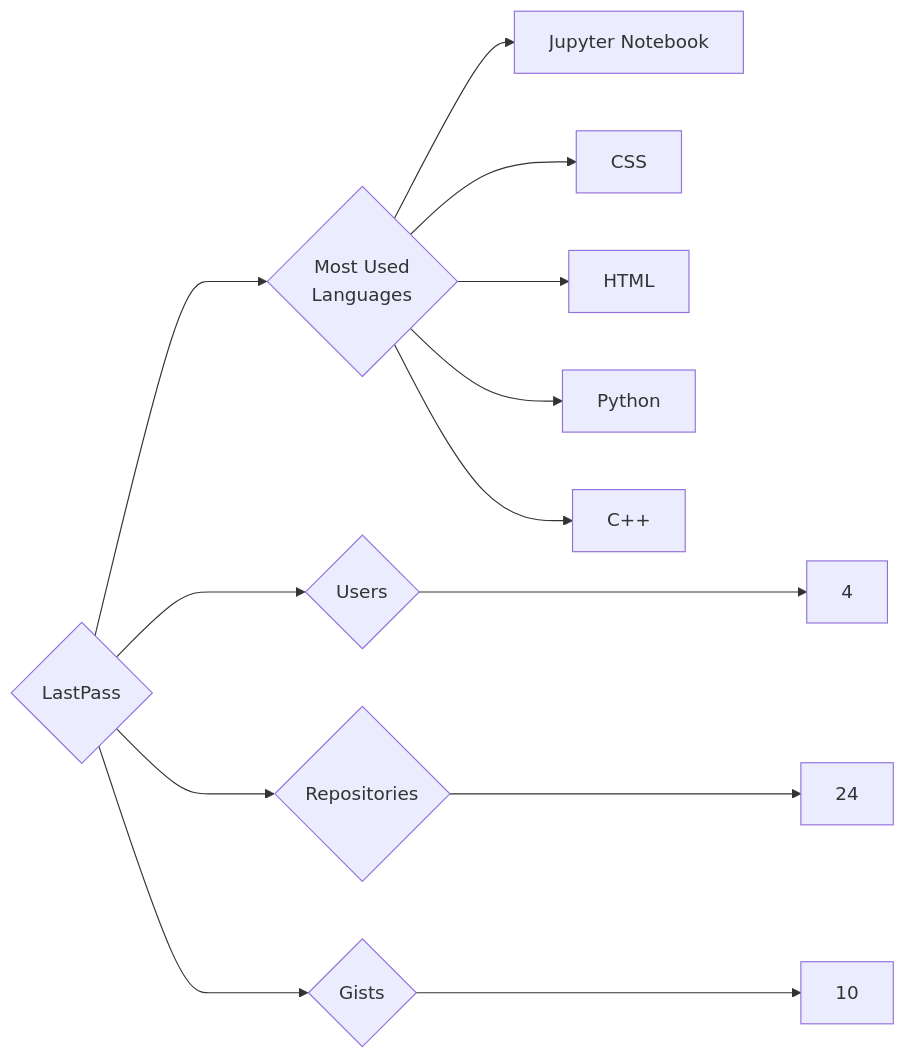
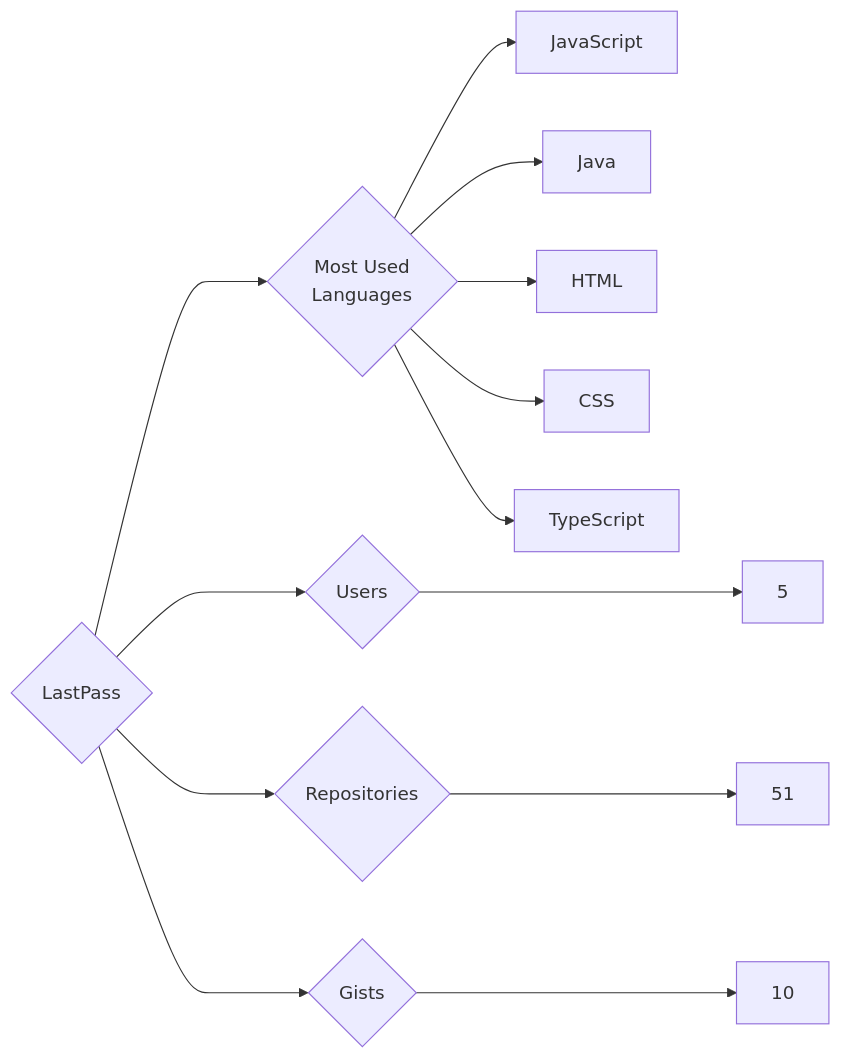
The diagram in targets/LastPass/README.md (trickest/insiders), drawn with Mermaid before and after one commit. The commit also changed 757 other files, not shown here.

````diff
--- a/targets/LastPass/README.md
+++ b/targets/LastPass/README.md
@@ -3,13 +3,13 @@
 ```mermaid
 graph LR
 COMPANY_NAME{LastPass}
-COMPANY_NAME ---> U{Users} ---> UN[4]
-COMPANY_NAME ---> R{Repositories} ---> RN[24]
+COMPANY_NAME ---> U{Users} ---> UN[5]
+COMPANY_NAME ---> R{Repositories} ---> RN[51]
 COMPANY_NAME ---> G{Gists} ---> GN[10]
 COMPANY_NAME ---> ML{Most Used<br>Languages}
-ML --> Jupyter_Notebook[Jupyter Notebook]
+ML --> JavaScript[JavaScript]
+ML --> Java[Java]
+ML --> HTML[HTML]
 ML --> CSS[CSS]
-ML --> HTML[HTML]
-ML --> Python[Python]
-ML --> C++[C++]
+ML --> TypeScript[TypeScript]
 ```
````
